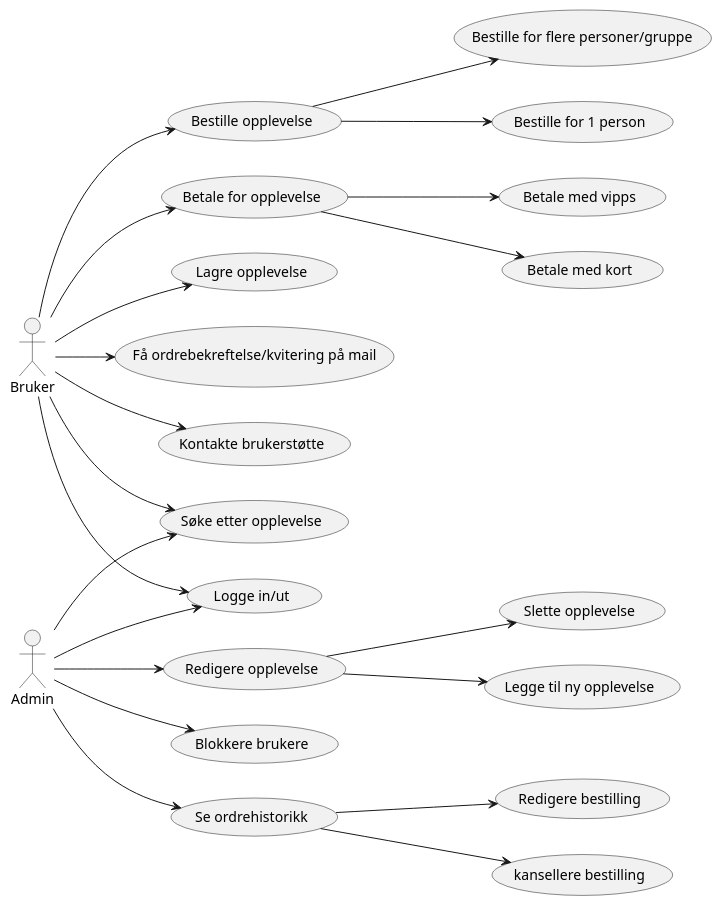
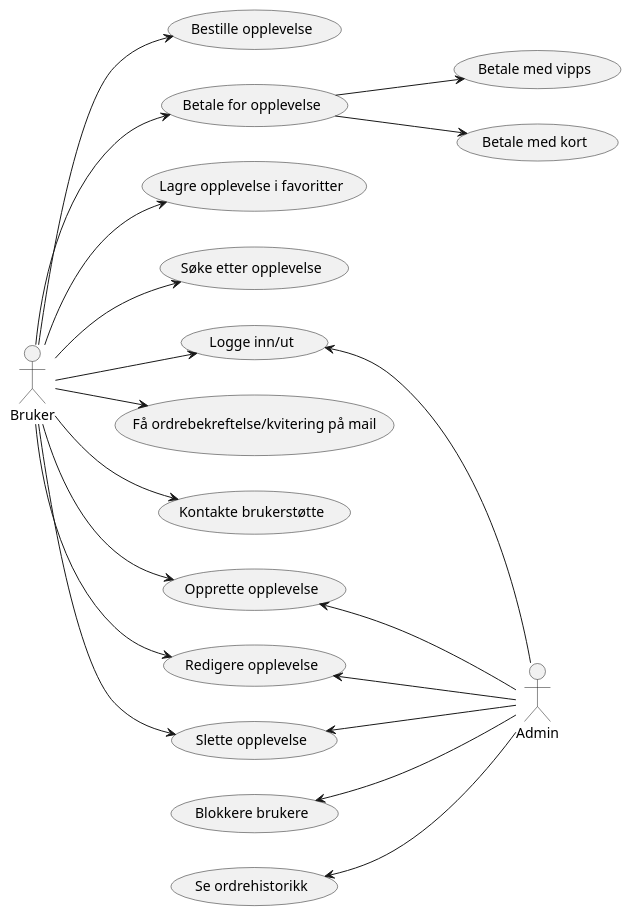
The diagram in others/plantuml_diagrammer/usecasediagram.puml (mapclean9r/os_Systemer), drawn with PlantUML before and after one commit. The commit also changed other lines of this file and 1 other file, not shown here.

Commit message:
la til sekvensdiagram for admin

```diff
--- a/others/plantuml_diagrammer/usecasediagram.puml
+++ b/others/plantuml_diagrammer/usecasediagram.puml
@@ -1,23 +1,28 @@
 @startuml oppgave1
 left to right direction
 :Bruker: --> (Bestille opplevelse) 
-(Bestille opplevelse) --> (Bestille for flere personer/gruppe)
-(Bestille opplevelse) --> (Bestille for 1 person)
+
 :Bruker: --> (Betale for opplevelse)
 (Betale for opplevelse) --> (Betale med vipps)
 (Betale for opplevelse) --> (Betale med kort)
-:Bruker: --> (Lagre opplevelse)
+:Bruker: --> (Lagre opplevelse i favoritter)
+
 :Bruker: --> (Søke etter opplevelse)
-:Bruker: --> (Logge in/ut)
+:Bruker: --> (Logge inn/ut)
 :Bruker: --> (Få ordrebekreftelse/kvitering på mail)
 :Bruker: --> (Kontakte brukerstøtte)
-(Redigere opplevelse) --> (Slette opplevelse)
-:Admin: --> (Redigere opplevelse)
-(Redigere opplevelse) --> (Legge til ny opplevelse)
-:Admin: --> (Blokkere brukere)
-(Se ordrehistorikk) --> (Redigere bestilling)
-(Se ordrehistorikk) --> (kansellere bestilling)
-:Admin: --> (Søke etter opplevelse)
-:Admin: --> (Se ordrehistorikk)
-:Admin: --> (Logge in/ut)
+
+:Bruker: --> (Opprette opplevelse)
+:Bruker: --> (Redigere opplevelse)
+:Bruker: --> (Slette opplevelse)
+
+
+(Opprette opplevelse) <-- :Admin:
+(Redigere opplevelse) <-- :Admin:
+(Blokkere brukere) <-- :Admin:
+(Se ordrehistorikk) <-- :Admin:
+(Logge inn/ut) <-- :Admin:
+(Slette opplevelse) <-- :Admin:
+
+
 @enduml
```
